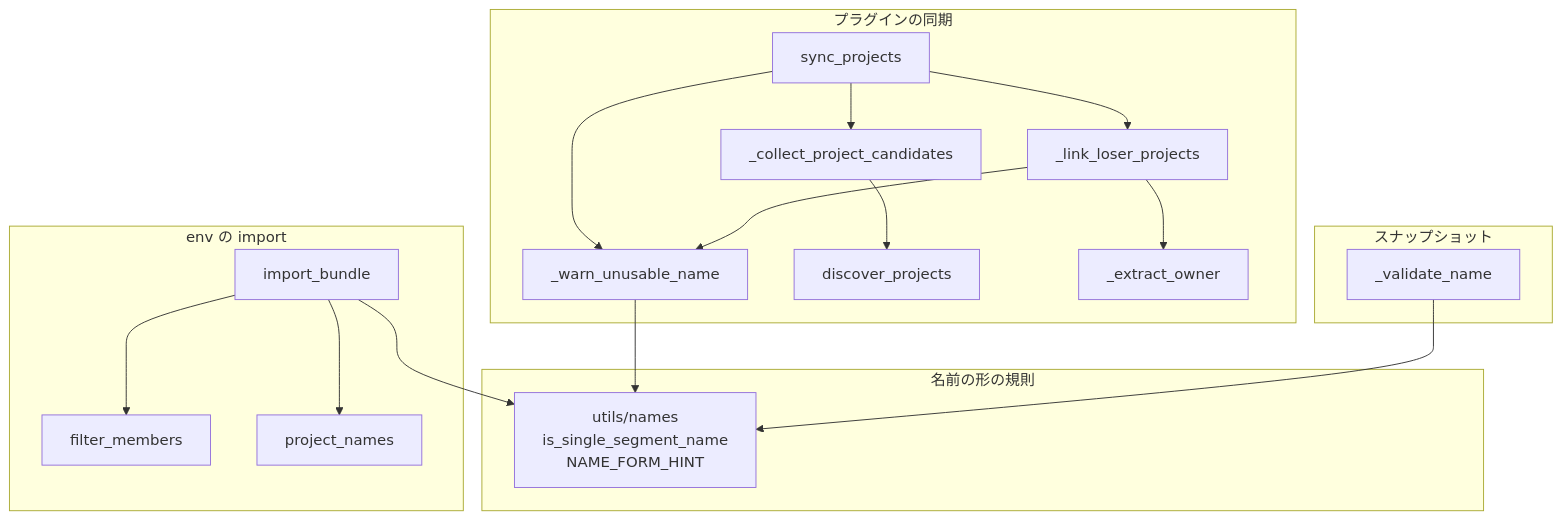
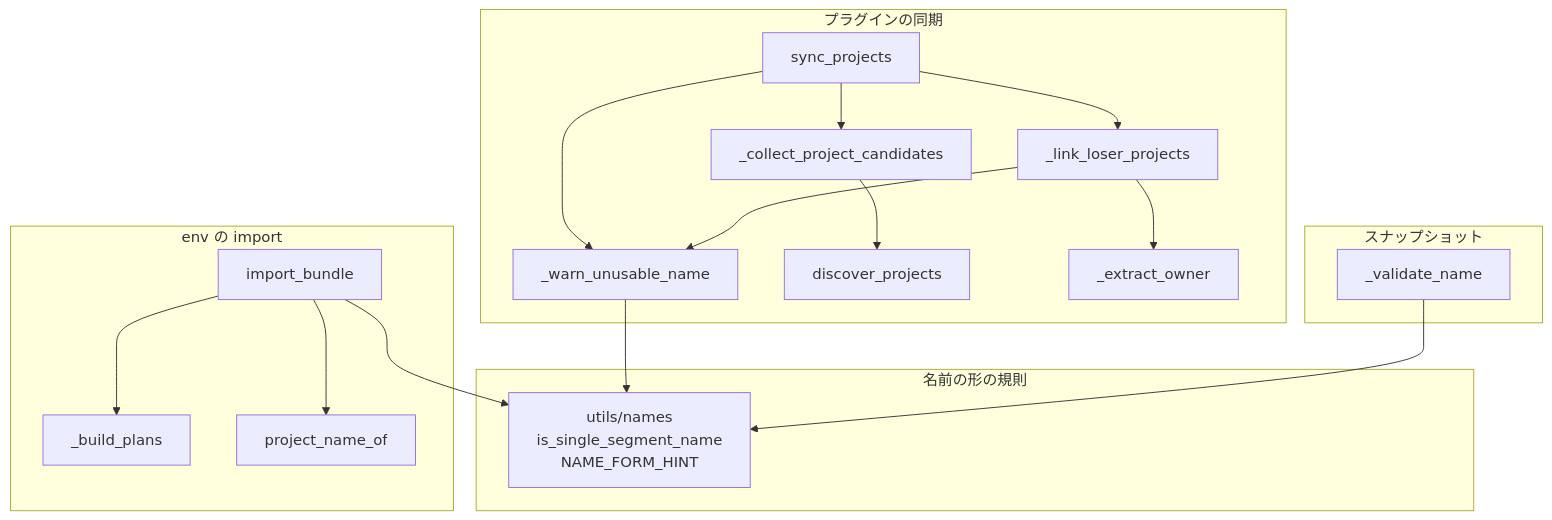
The first of 3 diagrams in issues/PLAN66_project-name-validation-design.md (devbasex/devbase), drawn with Mermaid before and after one commit. The commit also changed other lines of this file and 1 other file, not shown here.

````diff
--- a/issues/PLAN66_project-name-validation-design.md
+++ b/issues/PLAN66_project-name-validation-design.md
@@ -45,23 +45,23 @@
 ```mermaid
 graph TD
     subgraph 名前の形の規則
         N[utils/names<br/>is_single_segment_name<br/>NAME_FORM_HINT]
     end
     subgraph プラグインの同期
         SP[sync_projects] --> CC[_collect_project_candidates]
         SP --> LL[_link_loser_projects]
         SP --> WU[_warn_unusable_name]
         CC --> DP[discover_projects]
         LL --> WU
         LL --> EO[_extract_owner]
         WU --> N
     end
     subgraph env の import
-        IB[import_bundle] --> FM[filter_members]
-        IB --> PN[project_names]
+        IB[import_bundle] --> BP[_build_plans]
+        IB --> PN[project_name_of]
         IB --> N
     end
     subgraph スナップショット
         VN[_validate_name] --> N
     end
 ```
````
